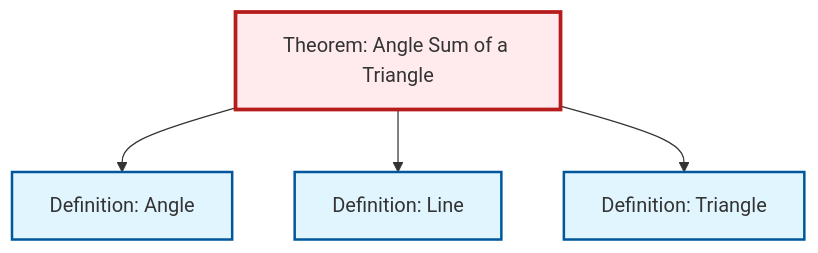
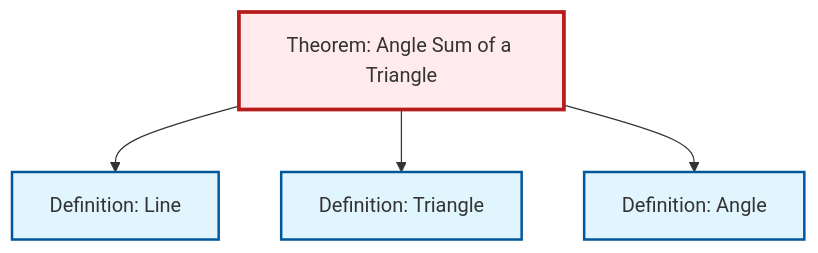
The diagram in content/en/geometry/thm-angle-sum-triangle.qmd (RK0429/ModernMath), drawn with Mermaid before and after one commit. The commit also changed other lines of this file and 554 other files, not shown here.

````diff
--- a/content/en/geometry/thm-angle-sum-triangle.qmd
+++ b/content/en/geometry/thm-angle-sum-triangle.qmd
@@ -57,20 +57,20 @@
 ```{mermaid}
 %%| fig-cap: "Local dependency graph"
 graph TD
     classDef definition fill:#e1f5fe,stroke:#01579b,stroke-width:2px
     classDef theorem fill:#f3e5f5,stroke:#4a148c,stroke-width:2px
     classDef axiom fill:#fff3e0,stroke:#e65100,stroke-width:2px
     classDef example fill:#e8f5e9,stroke:#1b5e20,stroke-width:2px
     classDef current fill:#ffebee,stroke:#b71c1c,stroke-width:3px
+    def-triangle["Definition: Triangle"]:::definition
+    def-line["Definition: Line"]:::definition
     thm-angle-sum-triangle["Theorem: Angle Sum of a Triangle"]:::theorem
     def-angle["Definition: Angle"]:::definition
-    def-line["Definition: Line"]:::definition
-    def-triangle["Definition: Triangle"]:::definition
-    thm-angle-sum-triangle --> def-angle
     thm-angle-sum-triangle --> def-line
     thm-angle-sum-triangle --> def-triangle
+    thm-angle-sum-triangle --> def-angle
     class thm-angle-sum-triangle current
+    click def-triangle "def-triangle.html" "Go to Triangle definition"
+    click def-line "def-line.html" "Go to Line definition"
     click def-angle "def-angle.html" "Go to Angle definition"
-    click def-line "def-line.html" "Go to Line definition"
-    click def-triangle "def-triangle.html" "Go to Triangle definition"
 ```
````
